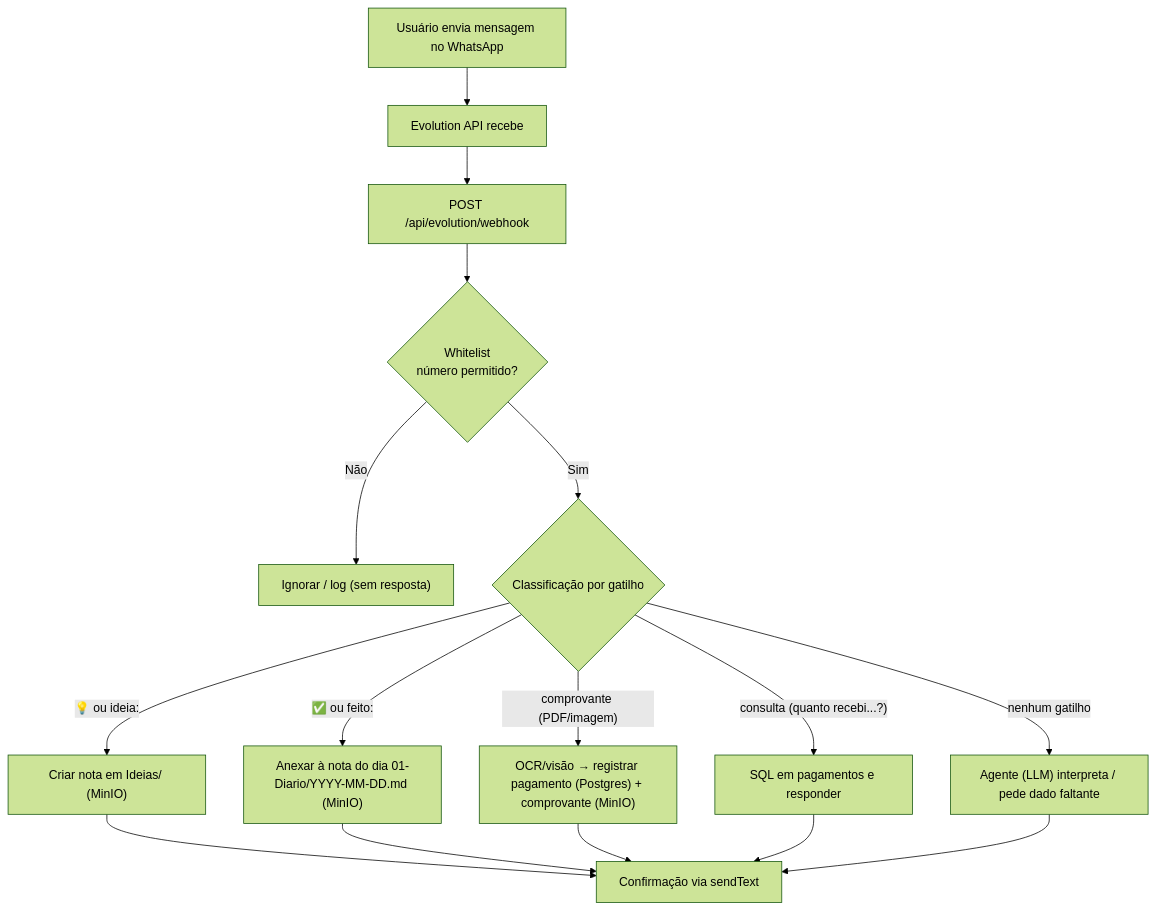
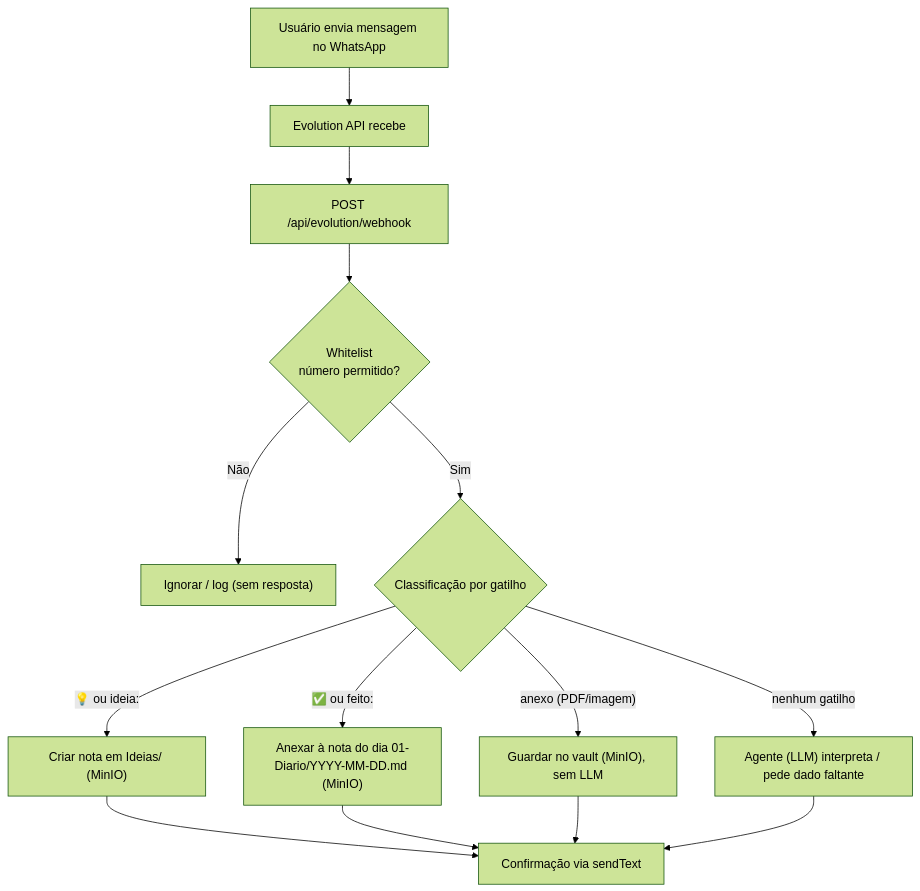
Before and after one commit to rodrigoro86/tania_vault: the second of 2 diagrams in SPEC.md, drawn with Mermaid (forest theme). The commit also changed other lines of this file and 12 other files, not shown here.

````diff
--- a/SPEC.md
+++ b/SPEC.md
@@ -162,20 +151,18 @@
 ```mermaid
 flowchart TD
     A["Usuário envia mensagem no WhatsApp"] --> B["Evolution API recebe"]
     B --> C["POST /api/evolution/webhook"]
     C --> D{"Whitelist<br/>número permitido?"}
     D -- "Não" --> E["Ignorar / log (sem resposta)"]
     D -- "Sim" --> F{"Classificação por gatilho"}
 
     F -- "💡 ou ideia:" --> G["Criar nota em Ideias/ (MinIO)"]
     F -- "✅ ou feito:" --> H["Anexar à nota do dia 01-Diario/YYYY-MM-DD.md (MinIO)"]
-    F -- "comprovante (PDF/imagem)" --> I["OCR/visão → registrar pagamento (Postgres) + comprovante (MinIO)"]
-    F -- "consulta (quanto recebi...?)" --> J["SQL em pagamentos e responder"]
+    F -- "anexo (PDF/imagem)" --> I["Guardar no vault (MinIO), sem LLM"]
     F -- "nenhum gatilho" --> K["Agente (LLM) interpreta / pede dado faltante"]
 
     G --> L["Confirmação via sendText"]
     H --> L
     I --> L
-    J --> L
     K --> L
 ```
````
